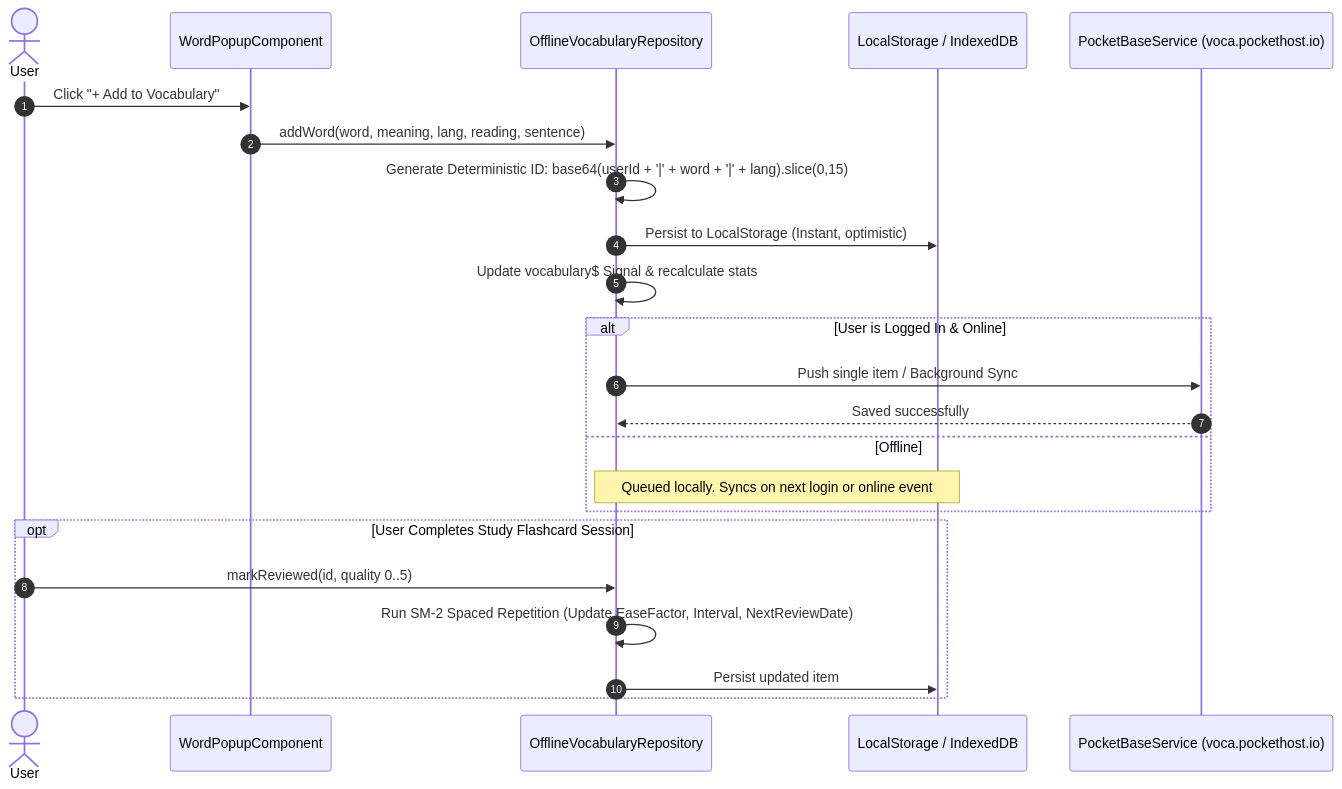
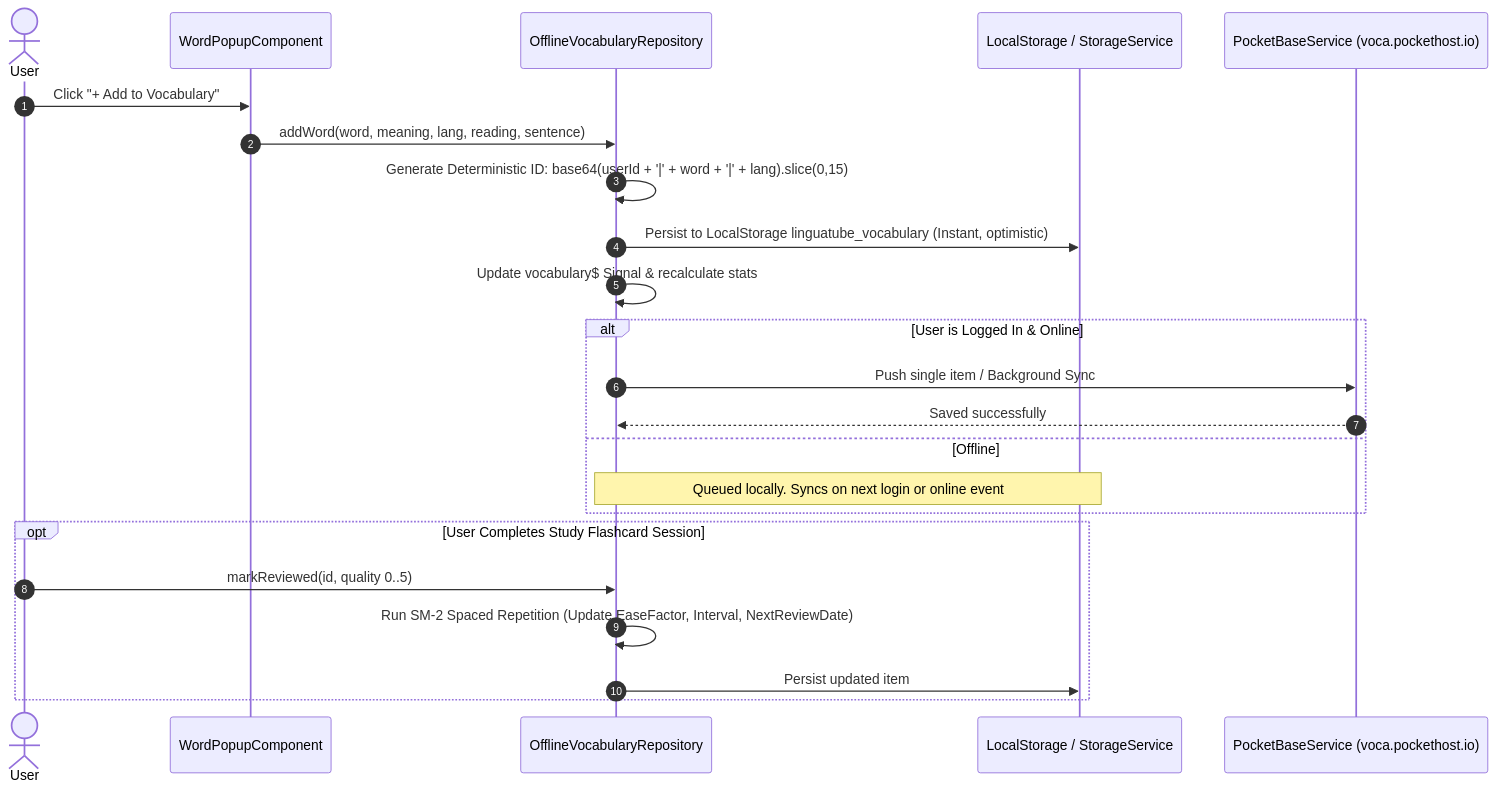
The fifth of 5 diagrams in doc/map.md (ghuyphan/LinguaTube), drawn with Mermaid before and after one commit. The commit also changed other lines of this file and 352 other files, not shown here.

````diff
--- a/doc/map.md
+++ b/doc/map.md
@@ -229,27 +254,27 @@
 ```mermaid
 sequenceDiagram
     autonumber
     actor User
     participant Popup as WordPopupComponent
     participant Repo as OfflineVocabularyRepository
-    participant Storage as LocalStorage / IndexedDB
+    participant Storage as LocalStorage / StorageService
     participant PB as PocketBaseService (voca.pockethost.io)
 
     User->>Popup: Click "+ Add to Vocabulary"
     Popup->>Repo: addWord(word, meaning, lang, reading, sentence)
     Repo->>Repo: Generate Deterministic ID: base64(userId + '|' + word + '|' + lang).slice(0,15)
-    Repo->>Storage: Persist to LocalStorage (Instant, optimistic)
+    Repo->>Storage: Persist to LocalStorage linguatube_vocabulary (Instant, optimistic)
     Repo->>Repo: Update vocabulary$ Signal & recalculate stats
     alt User is Logged In & Online
         Repo->>PB: Push single item / Background Sync
         PB-->>Repo: Saved successfully
     else Offline
         Note over Repo,Storage: Queued locally. Syncs on next login or online event
     end
 
     opt User Completes Study Flashcard Session
         User->>Repo: markReviewed(id, quality 0..5)
         Repo->>Repo: Run SM-2 Spaced Repetition (Update EaseFactor, Interval, NextReviewDate)
         Repo->>Storage: Persist updated item
     end
 ```
````
